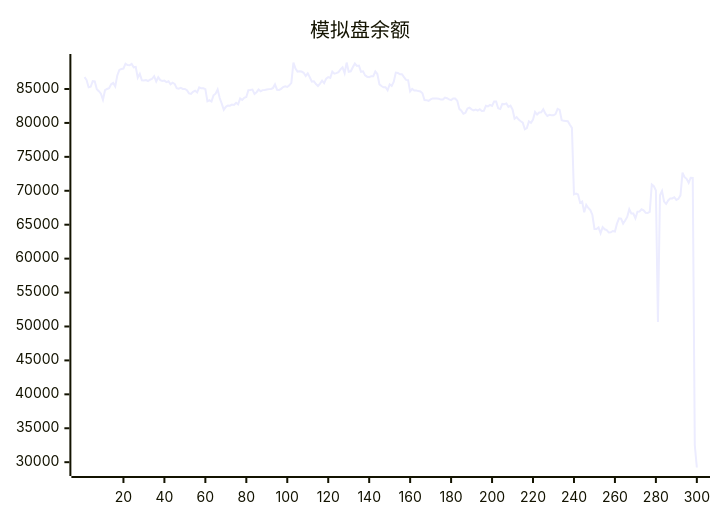
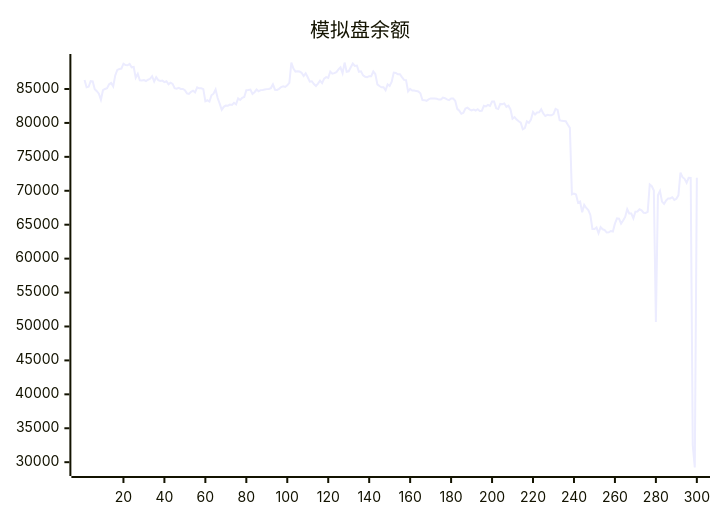
One commit to aahl/ai-trading changed the diagram in README.md. Above: the diagram before and after it, drawn with Mermaid. The commit also changed other lines of this file and 1 other file, not shown here.

````diff
--- a/README.md
+++ b/README.md
@@ -5,5 +5,5 @@
 ```mermaid
 xychart
     title "模拟盘余额"
-    line [86758,86317,85242,85334,86149,86106,84968,84671,84302,83410,84816,85001,85127,85693,85891,85384,87001,87811,87945,88007,88734,88528,88495,88705,88189,88248,86662,87234,86279,86251,86314,86177,86364,86503,86886,86114,86731,86310,86176,86240,86017,86136,85685,85938,85749,85111,85044,85164,85016,85008,84824,84354,84287,84572,84745,84500,85234,85096,85095,84970,83180,83338,83157,84070,84309,84922,83667,82850,81924,82369,82552,82539,82695,82648,82962,82728,83619,83378,83710,83825,84819,84854,84917,84265,84527,84919,84668,84834,84850,84916,84981,85004,85131,85674,84891,84864,85019,85284,85393,85294,85538,85894,88904,88012,87567,87625,87568,87386,86920,87313,86737,86094,86143,85725,85437,85787,86219,85859,86526,86740,86630,87563,87264,87335,87483,87886,88180,87335,88894,87544,87608,88207,88755,88401,88444,87543,87608,87000,86810,86740,86894,86884,87576,87209,85686,85435,85251,85255,84820,85689,85453,86066,87420,87373,87161,87178,86740,86341,86315,84643,85012,84772,84768,84690,84635,84376,83360,83357,83259,83474,83608,83606,83602,83548,83440,83454,83724,83644,83464,83365,83590,83592,83275,82072,81806,81344,81492,82109,82254,82006,81848,81955,81829,82022,81769,81776,82522,82441,82656,82498,83144,83144,82150,82038,82797,82763,82872,82367,82536,81981,80612,80862,80484,80242,80034,79063,79245,80226,80016,80507,81625,81233,81544,81578,82016,81401,81019,81186,81130,81118,81306,82066,81909,80392,80304,80291,80258,79729,79261,69466,69579,69456,68251,68415,66832,67911,67462,67144,66432,64380,64375,64606,63740,64647,64324,64216,63842,63877,64078,64008,65156,65945,65888,65157,65625,66144,67284,66653,66639,65924,66925,66956,67263,67108,66766,66729,66886,70927,70673,70049,50652,69334,69973,68400,68061,68578,68876,68879,69055,68662,68822,69329,72687,71999,71760,71162,71911,71896,32500,29218]
+    line [86317,85242,85334,86149,86106,84968,84671,84302,83410,84816,85001,85127,85693,85891,85384,87001,87811,87945,88007,88734,88528,88495,88705,88189,88248,86662,87234,86279,86251,86314,86177,86364,86503,86886,86114,86731,86310,86176,86240,86017,86136,85685,85938,85749,85111,85044,85164,85016,85008,84824,84354,84287,84572,84745,84500,85234,85096,85095,84970,83180,83338,83157,84070,84309,84922,83667,82850,81924,82369,82552,82539,82695,82648,82962,82728,83619,83378,83710,83825,84819,84854,84917,84265,84527,84919,84668,84834,84850,84916,84981,85004,85131,85674,84891,84864,85019,85284,85393,85294,85538,85894,88904,88012,87567,87625,87568,87386,86920,87313,86737,86094,86143,85725,85437,85787,86219,85859,86526,86740,86630,87563,87264,87335,87483,87886,88180,87335,88894,87544,87608,88207,88755,88401,88444,87543,87608,87000,86810,86740,86894,86884,87576,87209,85686,85435,85251,85255,84820,85689,85453,86066,87420,87373,87161,87178,86740,86341,86315,84643,85012,84772,84768,84690,84635,84376,83360,83357,83259,83474,83608,83606,83602,83548,83440,83454,83724,83644,83464,83365,83590,83592,83275,82072,81806,81344,81492,82109,82254,82006,81848,81955,81829,82022,81769,81776,82522,82441,82656,82498,83144,83144,82150,82038,82797,82763,82872,82367,82536,81981,80612,80862,80484,80242,80034,79063,79245,80226,80016,80507,81625,81233,81544,81578,82016,81401,81019,81186,81130,81118,81306,82066,81909,80392,80304,80291,80258,79729,79261,69466,69579,69456,68251,68415,66832,67911,67462,67144,66432,64380,64375,64606,63740,64647,64324,64216,63842,63877,64078,64008,65156,65945,65888,65157,65625,66144,67284,66653,66639,65924,66925,66956,67263,67108,66766,66729,66886,70927,70673,70049,50652,69334,69973,68400,68061,68578,68876,68879,69055,68662,68822,69329,72687,71999,71760,71162,71911,71896,32500,29218,71927]
 ```
````
